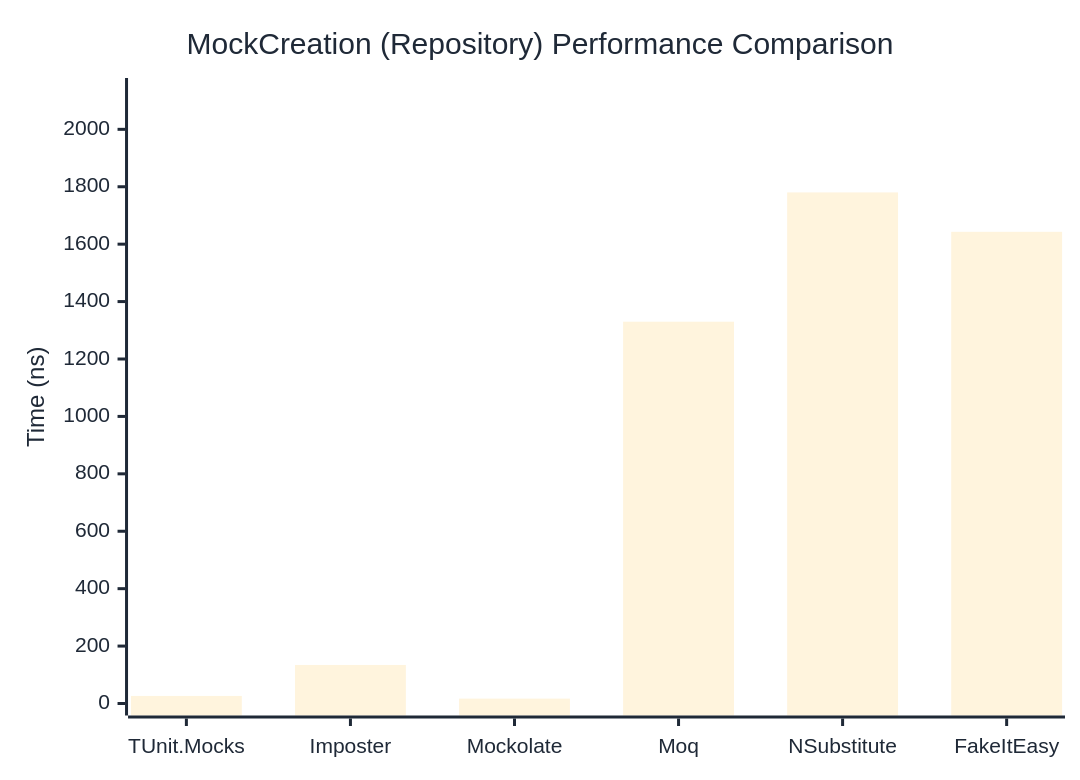
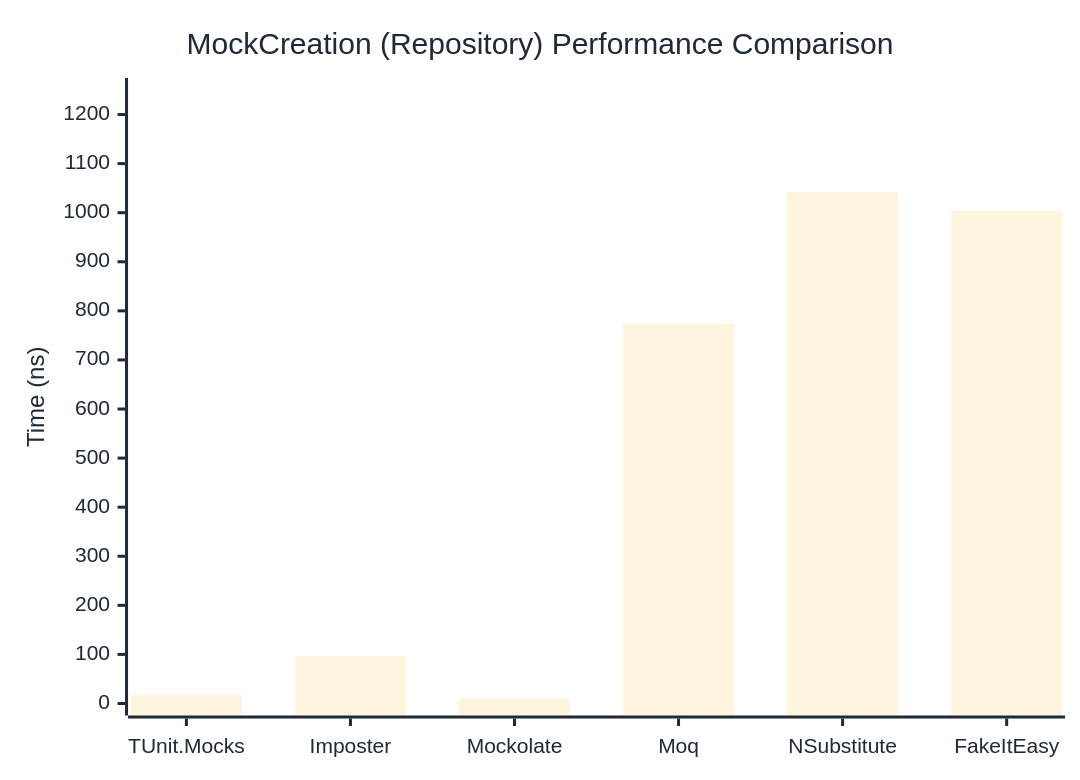
One commit to thomhurst/TUnit changed the second of 2 diagrams in docs/docs/benchmarks/mocks/MockCreation.md. Above: the diagram before and after it, drawn with Mermaid. The commit also changed other lines of this file and 14 other files, not shown here.

````diff
--- a/docs/docs/benchmarks/mocks/MockCreation.md
+++ b/docs/docs/benchmarks/mocks/MockCreation.md
@@ -71,27 +71,27 @@
 ```mermaid
 %%{init: {
   'theme':'base',
   'themeVariables': {
     'primaryColor': '#2563eb',
     'primaryTextColor': '#1f2937',
     'primaryBorderColor': '#1e40af',
     'lineColor': '#6b7280',
     'secondaryColor': '#7c3aed',
     'tertiaryColor': '#dc2626',
     'background': '#ffffff',
     'pie1': '#2563eb',
     'pie2': '#7c3aed',
     'pie3': '#dc2626',
     'pie4': '#f59e0b',
     'pie5': '#10b981',
     'pie6': '#06b6d4',
     'pie7': '#ec4899',
     'pie8': '#6366f1'
   }
 }}%%
 xychart-beta
   title "MockCreation (Repository) Performance Comparison"
   x-axis ["TUnit.Mocks", "Imposter", "Mockolate", "Moq", "NSubstitute", "FakeItEasy"]
-  y-axis "Time (ns)" 0 --> 2137
-  bar [26.34, 134.26, 16.98, 1329.92, 1780.26, 1643]
+  y-axis "Time (ns)" 0 --> 1250
+  bar [17.239, 96.826, 10.583, 774.138, 1041.628, 1003.743]
 ```
````
